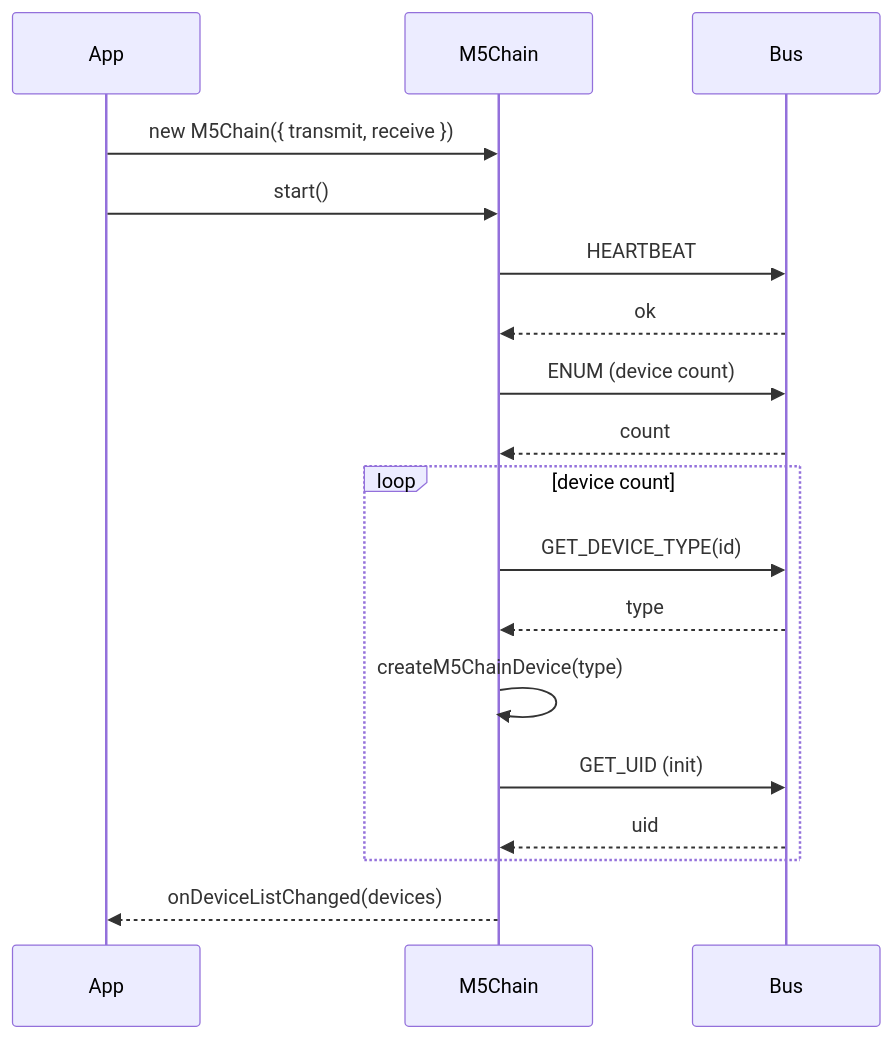
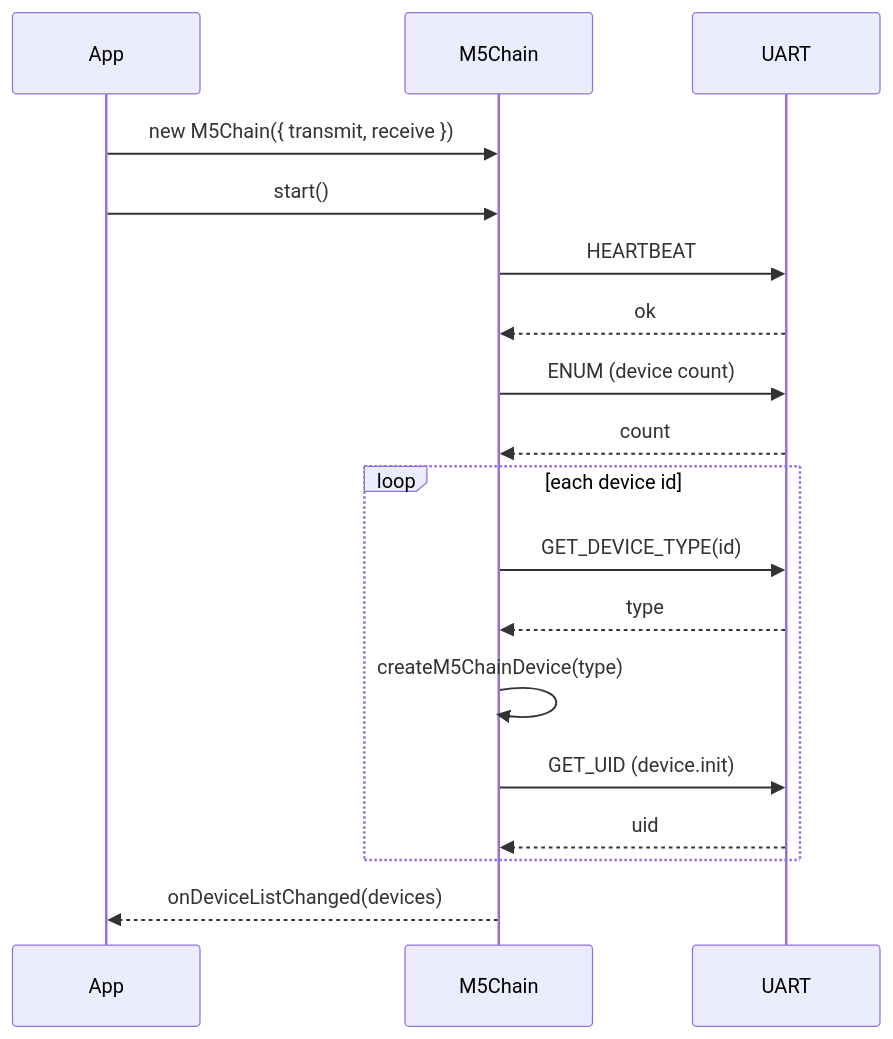
One commit to stc1988/moddable-m5chain changed the first of 3 diagrams in AGENTS.md. Above: the diagram before and after it, drawn with Mermaid. The commit also changed other lines of this file, not shown here.

````diff
--- a/AGENTS.md
+++ b/AGENTS.md
@@ -86,20 +95,20 @@
 ```mermaid
 sequenceDiagram
   participant App
   participant M5Chain
-  participant Bus
+  participant UART
   App->>M5Chain: new M5Chain({ transmit, receive })
   App->>M5Chain: start()
-  M5Chain->>Bus: HEARTBEAT
-  Bus-->>M5Chain: ok
-  M5Chain->>Bus: ENUM (device count)
-  Bus-->>M5Chain: count
-  loop device count
-    M5Chain->>Bus: GET_DEVICE_TYPE(id)
-    Bus-->>M5Chain: type
+  M5Chain->>UART: HEARTBEAT
+  UART-->>M5Chain: ok
+  M5Chain->>UART: ENUM (device count)
+  UART-->>M5Chain: count
+  loop each device id
+    M5Chain->>UART: GET_DEVICE_TYPE(id)
+    UART-->>M5Chain: type
     M5Chain->>M5Chain: createM5ChainDevice(type)
-    M5Chain->>Bus: GET_UID (init)
-    Bus-->>M5Chain: uid
+    M5Chain->>UART: GET_UID (device.init)
+    UART-->>M5Chain: uid
   end
   M5Chain-->>App: onDeviceListChanged(devices)
 ```
````
